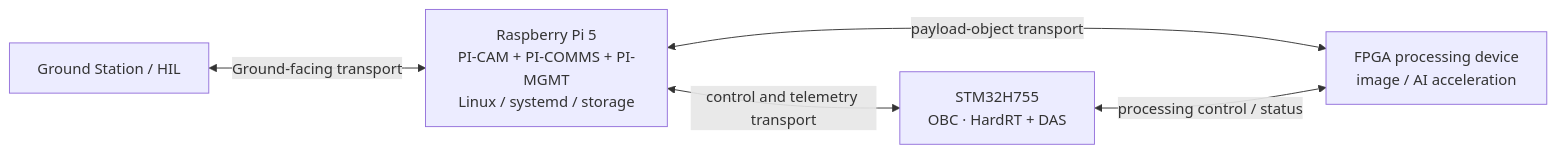
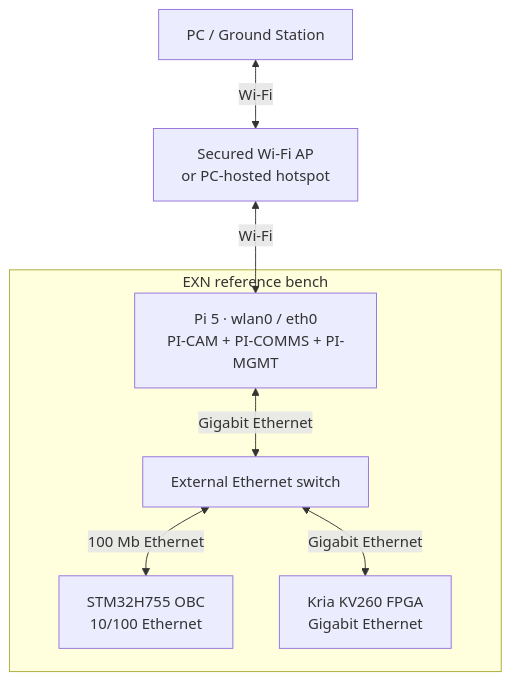
One commit to ExoSpaceLabs/exn changed the third of 10 diagrams in docs/architecture.md. Above: the diagram before and after it, drawn with Mermaid. The commit also changed other lines of this file and 13 other files, not shown here.

First line of the commit message:
docs(exn): define Wi-Fi Ground and onboard Ethernet device interfaces (#8)

````diff
--- a/docs/architecture.md
+++ b/docs/architecture.md
@@ -111,12 +111,16 @@
 ```mermaid
-flowchart LR
-  GS["Ground Station / HIL"]
-  PI5["Raspberry Pi 5<br/>PI-CAM + PI-COMMS + PI-MGMT<br/>Linux / systemd / storage"]
-  MCU["STM32H755<br/>OBC · HardRT + DAS"]
-  FPGA["FPGA processing device<br/>image / AI acceleration"]
-
-  GS <-->|"Ground-facing transport"| PI5
-  PI5 <-->|"control and telemetry transport"| MCU
-  PI5 <-->|"payload-object transport"| FPGA
-  MCU <-->|"processing control / status"| FPGA
+flowchart TB
+  GS["PC / Ground Station"]
+  WIFI["Secured Wi-Fi AP<br/>or PC-hosted hotspot"]
+  subgraph BENCH["EXN reference bench"]
+    PI5["Pi 5 · wlan0 / eth0<br/>PI-CAM + PI-COMMS + PI-MGMT"]
+    SWITCH["External Ethernet switch"]
+    MCU["STM32H755 OBC<br/>10/100 Ethernet"]
+    FPGA["Kria KV260 FPGA<br/>Gigabit Ethernet"]
+    PI5 <-->|"Gigabit Ethernet"| SWITCH
+    SWITCH <-->|"100 Mb Ethernet"| MCU
+    SWITCH <-->|"Gigabit Ethernet"| FPGA
+  end
+  GS <-->|"Wi-Fi"| WIFI
+  WIFI <-->|"Wi-Fi"| PI5
 ```
````
